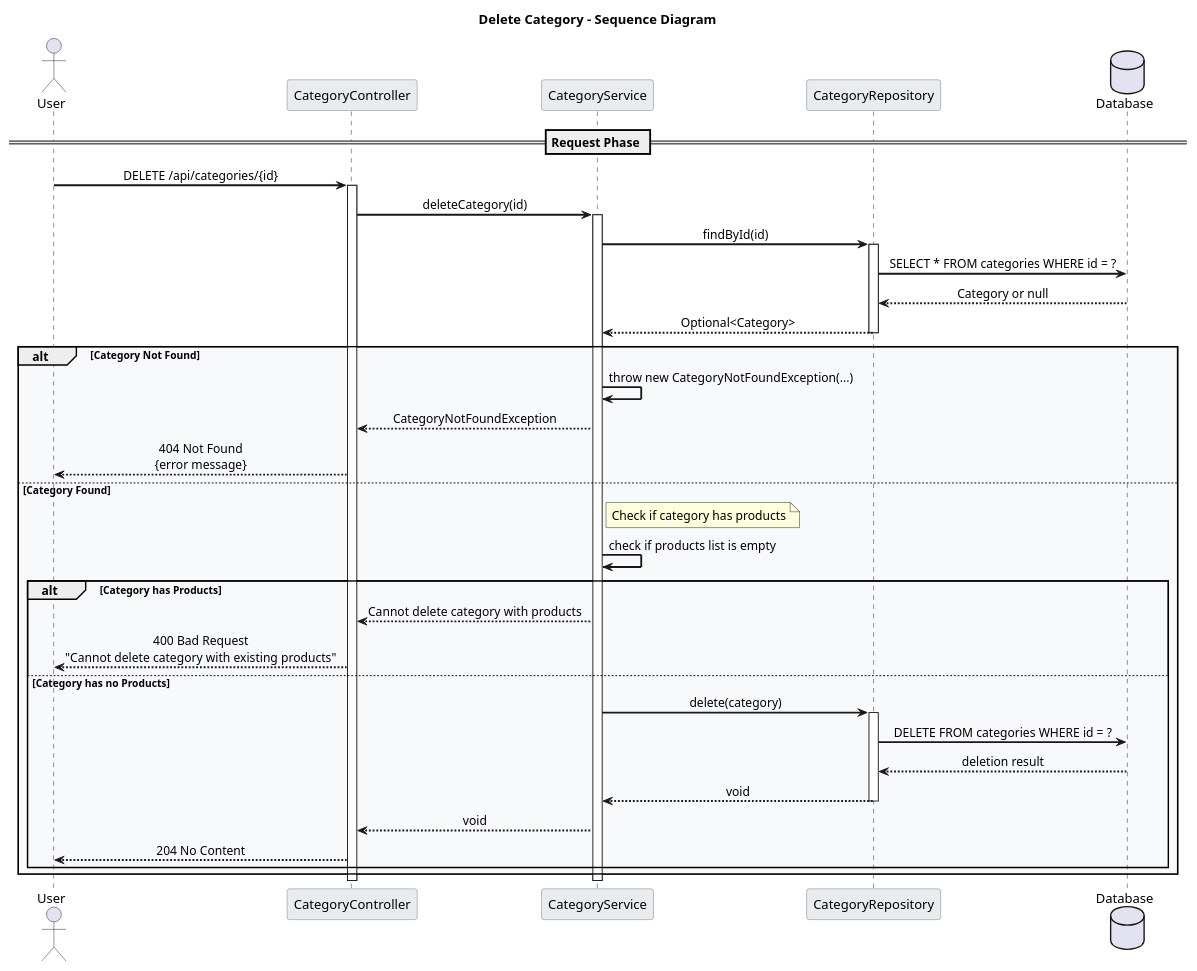
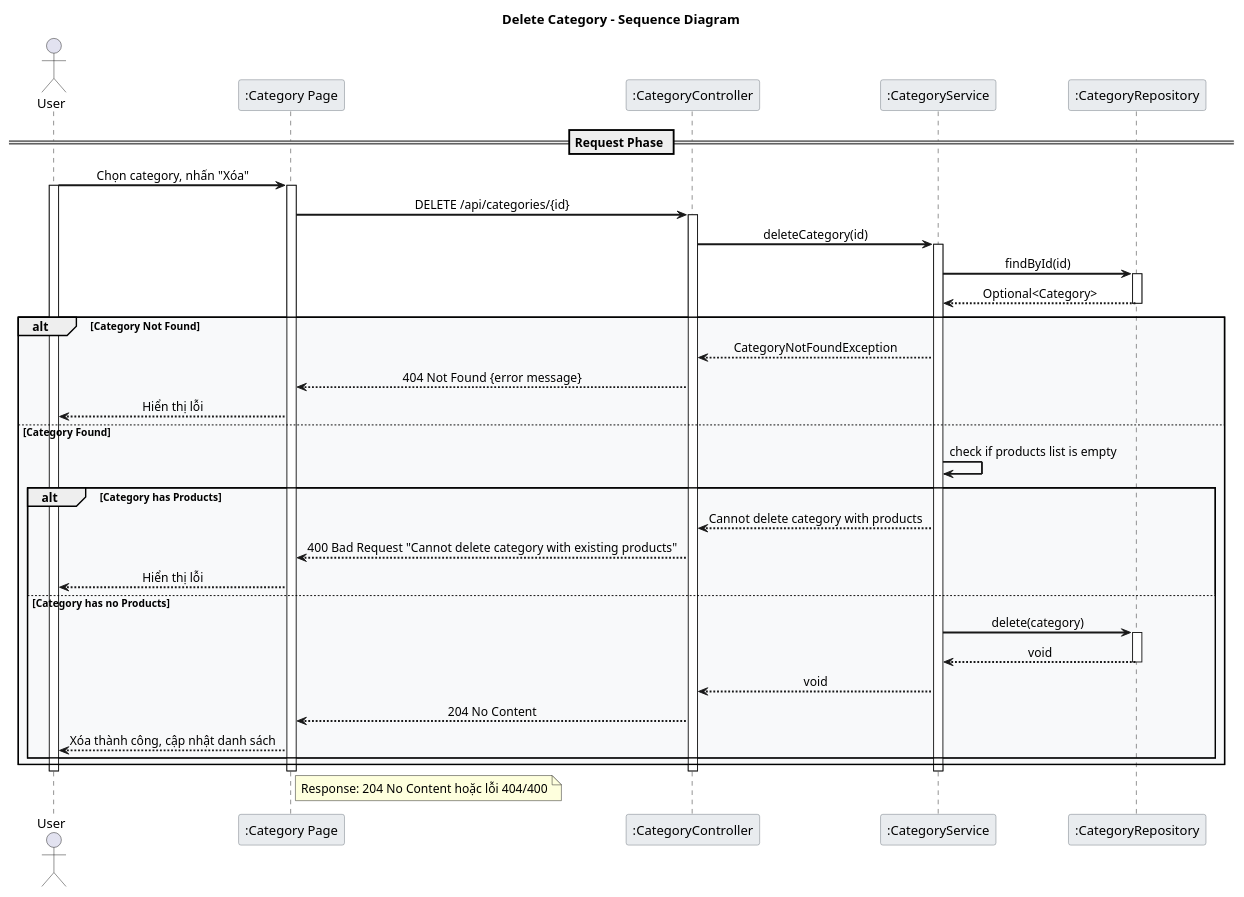
The diagram in Category_Delete_Sequence.puml (LamVNT/Farmovo), drawn with PlantUML before and after one commit. The commit also changed 15 other files, not shown here.

```diff
--- a/Category_Delete_Sequence.puml
+++ b/Category_Delete_Sequence.puml
@@ -1,60 +1,61 @@
 @startuml Category_Delete_Sequence
 
 skinparam backgroundColor white
 skinparam sequenceArrowThickness 2
 skinparam sequenceMessageAlign center
 skinparam sequenceGroupBodyBackgroundColor #F8F9FA
 skinparam sequenceParticipantBorderColor #6C757D
 skinparam sequenceParticipantBackgroundColor #E9ECEF
 skinparam sequenceLifeLineStroke dash
 
 title Delete Category - Sequence Diagram
 
 actor User as U
-participant "CategoryController" as CC
-participant "CategoryService" as CS
-participant "CategoryRepository" as CR
-database "Database" as DB
+participant ":Category Page" as UI
+participant ":CategoryController" as CC
+participant ":CategoryService" as CS
+participant ":CategoryRepository" as CR
 
 == Request Phase ==
-U -> CC: DELETE /api/categories/{id}
+U -> UI: Chọn category, nhấn "Xóa"
+activate U
+activate UI
+UI -> CC: DELETE /api/categories/{id}
 activate CC
-
 CC -> CS: deleteCategory(id)
 activate CS
-
 CS -> CR: findById(id)
 activate CR
-CR -> DB: SELECT * FROM categories WHERE id = ?
-DB --> CR: Category or null
 CR --> CS: Optional<Category>
 deactivate CR
-
 alt Category Not Found
-    CS -> CS: throw new CategoryNotFoundException(...)
     CS --> CC: CategoryNotFoundException
-    CC --> U: 404 Not Found\n{error message}
+    CC --> UI: 404 Not Found {error message}
+    UI --> U: Hiển thị lỗi
 else Category Found
-    note right of CS: Check if category has products
     CS -> CS: check if products list is empty
-
     alt Category has Products
         CS --> CC: Cannot delete category with products
-        CC --> U: 400 Bad Request\n"Cannot delete category with existing products"
+        CC --> UI: 400 Bad Request "Cannot delete category with existing products"
+        UI --> U: Hiển thị lỗi
     else Category has no Products
         CS -> CR: delete(category)
         activate CR
-        CR -> DB: DELETE FROM categories WHERE id = ?
-        DB --> CR: deletion result
         CR --> CS: void
         deactivate CR
-
         CS --> CC: void
-        CC --> U: 204 No Content
+        CC --> UI: 204 No Content
+        UI --> U: Xóa thành công, cập nhật danh sách
     end
 end
 
 deactivate CS
 deactivate CC
+deactivate UI
+deactivate U
+
+note right of UI
+    Response: 204 No Content hoặc lỗi 404/400
+end note
 
 @enduml 
```
